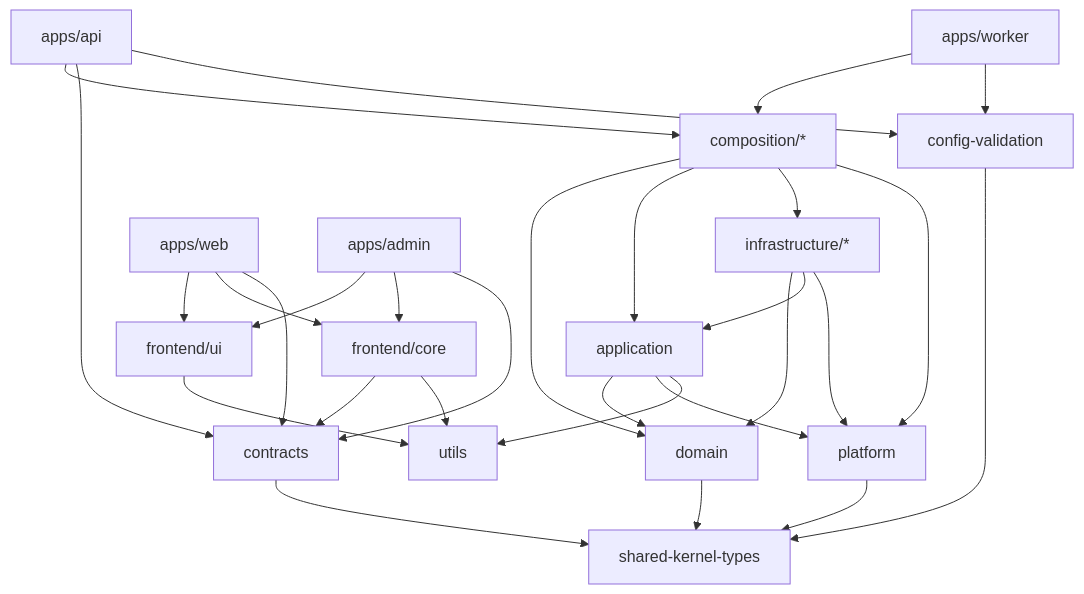
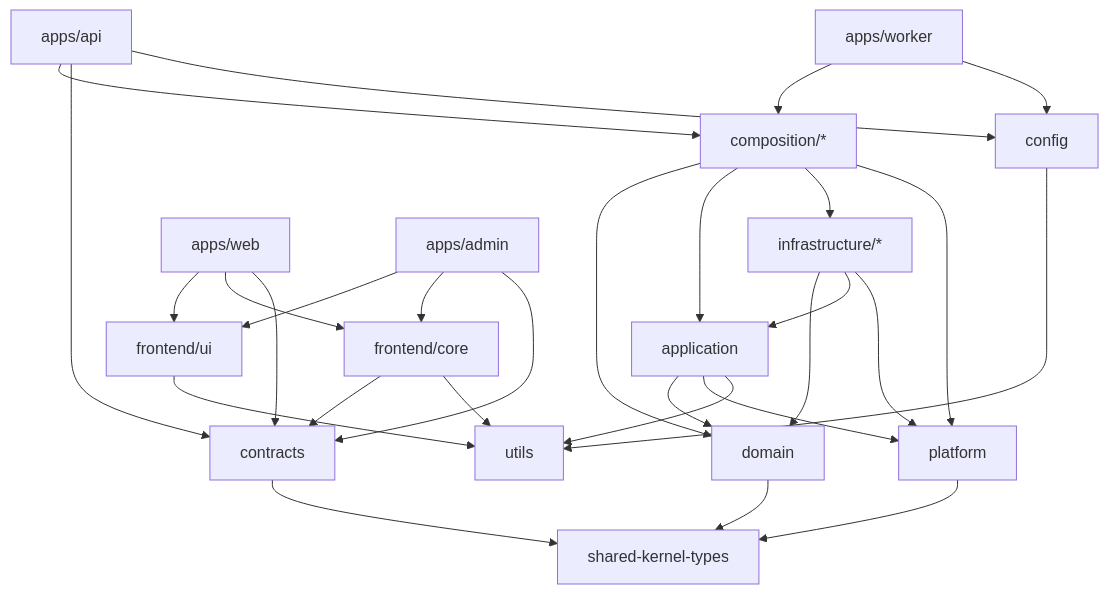
One commit to VladimirGhrejyan/b2b-saas-starter-kit changed the diagram in docs/architecture/workspace-topology.md. Above: the diagram before and after it, drawn with Mermaid. The commit also changed other lines of this file and 28 other files, not shown here.

````diff
--- a/docs/architecture/workspace-topology.md
+++ b/docs/architecture/workspace-topology.md
@@ -96,50 +96,50 @@
 ```mermaid
 flowchart TB
   skt[shared-kernel-types]
   utils[utils]
   contracts[contracts]
-  cfg[config-validation]
+  cfg[config]
 
   domain[domain]
   platform[platform]
   application[application]
   infra[infrastructure/*]
   composition[composition/*]
 
   api[apps/api]
   worker[apps/worker]
 
   ui[frontend/ui]
   core[frontend/core]
   web[apps/web]
   admin[apps/admin]
 
   contracts --> skt
-  cfg --> skt
+  cfg --> utils
   domain --> skt
   platform --> skt
   application --> domain
   application --> platform
   application --> utils
   infra --> domain
   infra --> application
   infra --> platform
   composition --> domain
   composition --> application
   composition --> infra
   composition --> platform
   api --> composition
   api --> contracts
   api --> cfg
   worker --> composition
   worker --> cfg
   core --> contracts
   core --> utils
   ui --> utils
   web --> ui
   web --> core
   web --> contracts
   admin --> ui
   admin --> core
   admin --> contracts
 ```
````
